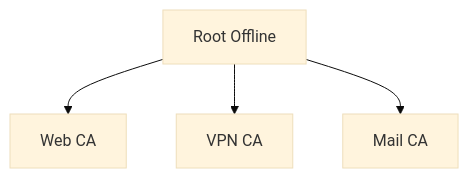
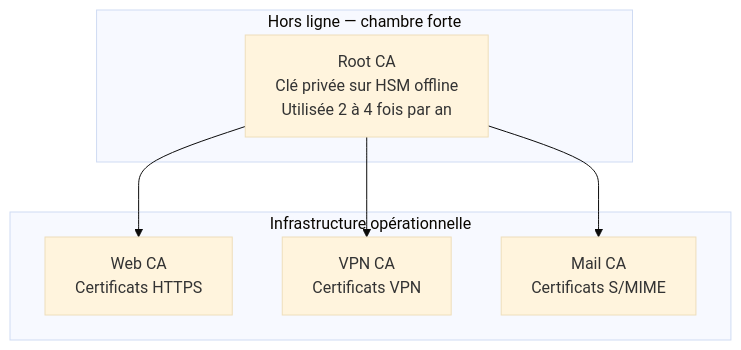
The fifth of 6 diagrams in docs/bases/crypto/pki.md (zyrass/omnydocs), drawn with Mermaid (base theme) before and after one commit. The commit also changed other lines of this file and 723 other files, not shown here.

````diff
--- a/docs/bases/crypto/pki.md
+++ b/docs/bases/crypto/pki.md
@@ -208,11 +164,16 @@
 ```mermaid
-graph TD
-    Root[Root Offline]
-    WebCA[Web CA]
-    VPNCA[VPN CA]
-    MailCA[Mail CA]
+flowchart TD
+    subgraph "Hors ligne — chambre forte"
+        Root["Root CA\nClé privée sur HSM offline\nUtilisée 2 à 4 fois par an"]
+    end
+
+    subgraph "Infrastructure opérationnelle"
+        WebCA["Web CA\nCertificats HTTPS"]
+        VPNCA["VPN CA\nCertificats VPN"]
+        MailCA["Mail CA\nCertificats S/MIME"]
+    end
 
     Root --> WebCA
     Root --> VPNCA
     Root --> MailCA
 ```
````
